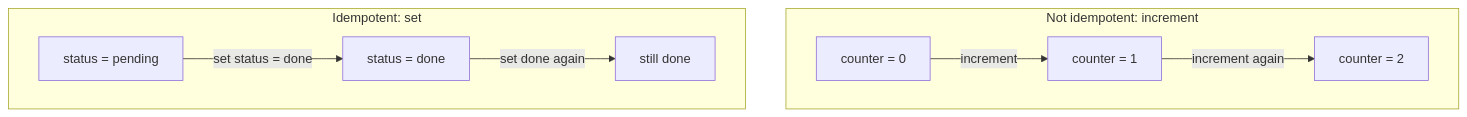
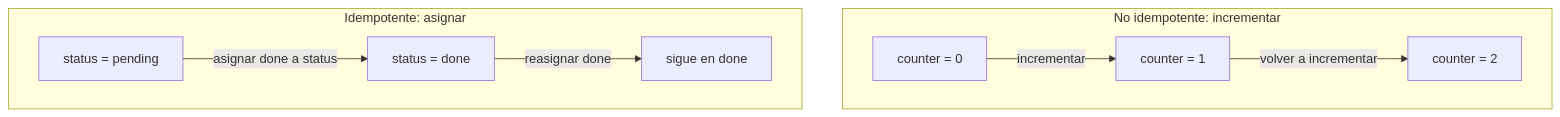
Before and after one commit to dullroar/aprende-a-programar-como-un-bicho-raro: the diagram in lessons/cs-source/concepts/idempotence.md, drawn with Mermaid. The commit also changed other lines of this file and 51 other files, not shown here.

````diff
--- a/lessons/cs-source/concepts/idempotence.md
+++ b/lessons/cs-source/concepts/idempotence.md
@@ -8,11 +8,11 @@
 ```mermaid
 flowchart TB
-    accTitle: Retrying set leaves the same state; retrying increment changes it again
-    accDescr: Two matched lanes with the same repeated command. In the idempotent lane, status is pending, then set status to done makes it done, then set status to done again leaves it still done. In the non-idempotent lane, the counter is 0, then increment makes it 1, then increment again makes it 2.
-    subgraph INC["Not idempotent: increment"]
-        C0["counter = 0"] -->|"increment"| C1["counter = 1"] -->|"increment again"| C2["counter = 2"]
+    accTitle: Volver a asignar conserva el estado y volver a incrementar lo cambia
+    accDescr: Dos recorridos paralelos repiten su respectivo comando. En el idempotente, status vale pending. Al asignarle done pasa a done. Si vuelves a asignarle done, sigue en done. En el otro, counter empieza en 0, pasa a 1 al incrementarlo y a 2 al incrementarlo otra vez.
+    subgraph INC["No idempotente: incrementar"]
+        C0["counter = 0"] -->|"incrementar"| C1["counter = 1"] -->|"volver a incrementar"| C2["counter = 2"]
     end
-    subgraph SET["Idempotent: set"]
-        S0["status = pending"] -->|"set status = done"| S1["status = done"] -->|"set done again"| S2["still done"]
+    subgraph SET["Idempotente: asignar"]
+        S0["status = pending"] -->|"asignar done a status"| S1["status = done"] -->|"reasignar done"| S2["sigue en done"]
     end
 ```
````
